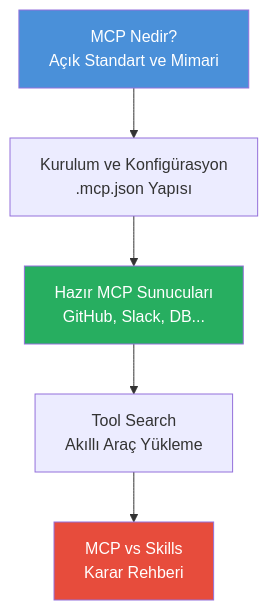
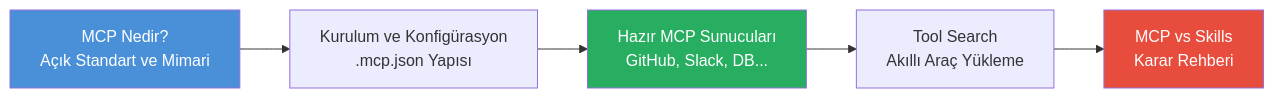
Before and after one commit to IzzetYasinAtes/ClaudeCodeHandbook: the first of 2 diagrams in 11-mcp/README.md, drawn with Mermaid. The commit also changed other lines of this file and 145 other files, not shown here.

Commit message:
Updated README and various markdown files to enhance readability by replacing newline characters with HTML line breaks in flowcharts and diagrams. This improves the visual presentation of content related to AI fundamentals, large language models, and their applications.

````diff
--- a/11-mcp/README.md
+++ b/11-mcp/README.md
@@ -7,11 +7,11 @@
 ```mermaid
-flowchart TD
-    A["MCP Nedir?\nAçık Standart ve Mimari"] --> B["Kurulum ve Konfigürasyon\n.mcp.json Yapısı"]
-    B --> C["Hazır MCP Sunucuları\nGitHub, Slack, DB..."]
-    C --> D["Tool Search\nAkıllı Araç Yükleme"]
-    D --> E["MCP vs Skills\nKarar Rehberi"]
+flowchart LR
+    A["MCP Nedir?<br/>Açık Standart ve Mimari"] --> B["Kurulum ve Konfigürasyon<br/>.mcp.json Yapısı"]
+    B --> C["Hazır MCP Sunucuları<br/>GitHub, Slack, DB..."]
+    C --> D["Tool Search<br/>Akıllı Araç Yükleme"]
+    D --> E["MCP vs Skills<br/>Karar Rehberi"]
 
     style A fill:#4A90D9,color:#fff
     style C fill:#27AE60,color:#fff
     style E fill:#E74C3C,color:#fff
 ```
````
